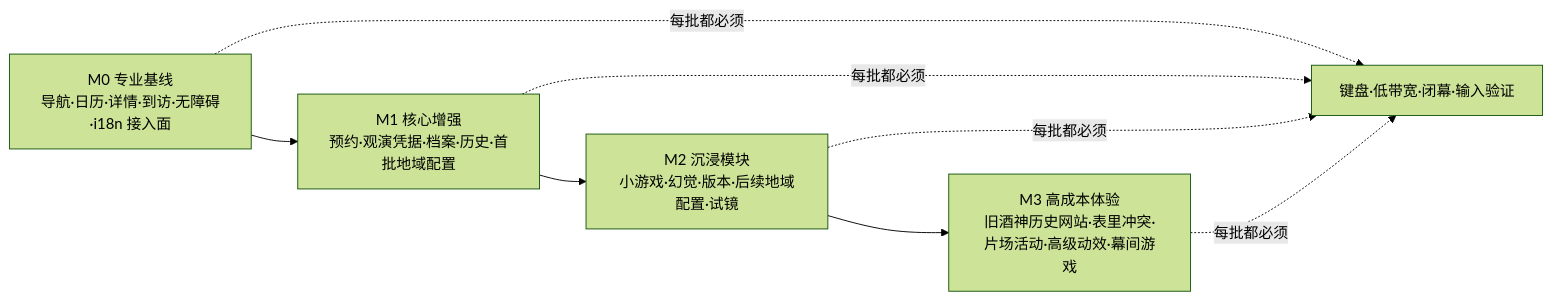
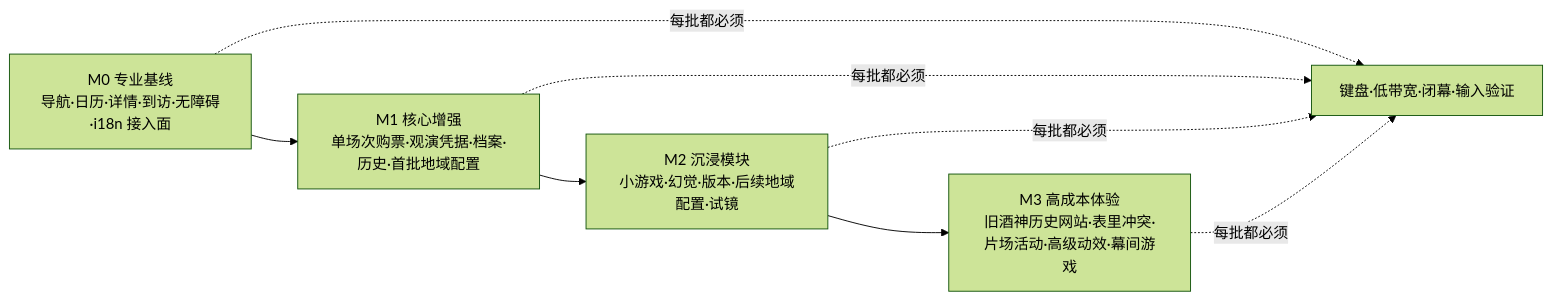
Before and after one commit to Selloryebir/crimson_troupe: the diagram in docs/blueprint/03_journeys/maps/12_开发顺序.mmd, drawn with Mermaid (forest theme). The commit also changed 31 other files, not shown here.

```diff
--- a/docs/blueprint/03_journeys/maps/12_开发顺序.mmd
+++ b/docs/blueprint/03_journeys/maps/12_开发顺序.mmd
@@ -1,12 +1,12 @@
 flowchart LR
   M0[M0 专业基线
 导航·日历·详情·到访·无障碍·i18n 接入面] --> M1[M1 核心增强
-预约·观演凭据·档案·历史·首批地域配置]
+单场次购票·观演凭据·档案·历史·首批地域配置]
   M1 --> M2[M2 沉浸模块
 小游戏·幻觉·版本·后续地域配置·试镜]
   M2 --> M3[M3 高成本体验
 旧酒神历史网站·表里冲突·片场活动·高级动效·幕间游戏]
   M0 -.每批都必须.-> Gate[键盘·低带宽·闭幕·输入验证]
   M1 -.每批都必须.-> Gate
   M2 -.每批都必须.-> Gate
   M3 -.每批都必须.-> Gate
```
